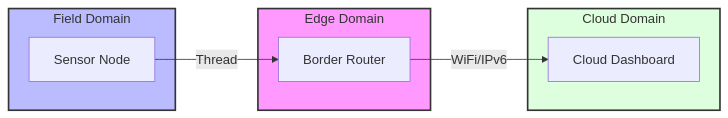
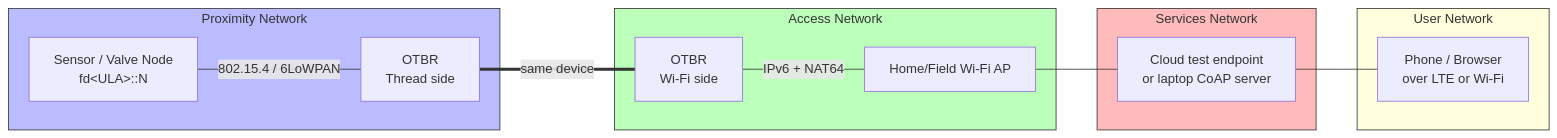
Before and after one commit to lgambab/4201327-IoT_Systems_Design_Labs: the diagram in en/labs/lab5.md, drawn with Mermaid. The commit also changed other lines of this file and 8 other files, not shown here.

Commit message:
Refactor SOP-05 for OpenThread Border Router deployment: update hardware requirements, clarify RCP and OTBR roles, enhance network formation steps, and improve troubleshooting guidance. Add verification checklist and optional dashboard setup for enhanced user experience.

````diff
--- a/en/labs/lab5.md
+++ b/en/labs/lab5.md
@@ -46,18 +39,27 @@
 ```mermaid
 graph LR
-    subgraph SCD [Field Domain]
-        Sensor[Sensor Node]
+    subgraph Prox [Proximity Network]
+        Node[Sensor / Valve Node<br/>fd&lt;ULA&gt;::N]
+        BRmesh[OTBR<br/>Thread side]
     end
-    subgraph RAID [Edge Domain]
-        BR[Border Router]
+    subgraph Access [Access Network]
+        BRwifi[OTBR<br/>Wi-Fi side]
+        AP[Home/Field Wi-Fi AP]
     end
-    subgraph ASD [Cloud Domain]
-        Cloud[Cloud Dashboard]
+    subgraph Services [Services Network]
+        Cloud[Cloud test endpoint<br/>or laptop CoAP server]
     end
-    Sensor -->|Thread| BR
-    BR -->|WiFi/IPv6| Cloud
-    
-    style SCD fill:#bbf,stroke:#333,stroke-width:2px
-    style RAID fill:#f9f,stroke:#333,stroke-width:2px
-    style ASD fill:#dfd,stroke:#333,stroke-width:2px
+    subgraph User [User Network]
+        Phone[Phone / Browser<br/>over LTE or Wi-Fi]
+    end
+    Node ---|802.15.4 / 6LoWPAN| BRmesh
+    BRmesh ===|same device| BRwifi
+    BRwifi ---|IPv6 + NAT64| AP
+    AP --- Cloud
+    Cloud --- Phone
+
+    style Prox fill:#bbf,stroke:#333
+    style Access fill:#bfb,stroke:#333
+    style Services fill:#fbb,stroke:#333
+    style User fill:#ffd,stroke:#333
 ```
````
